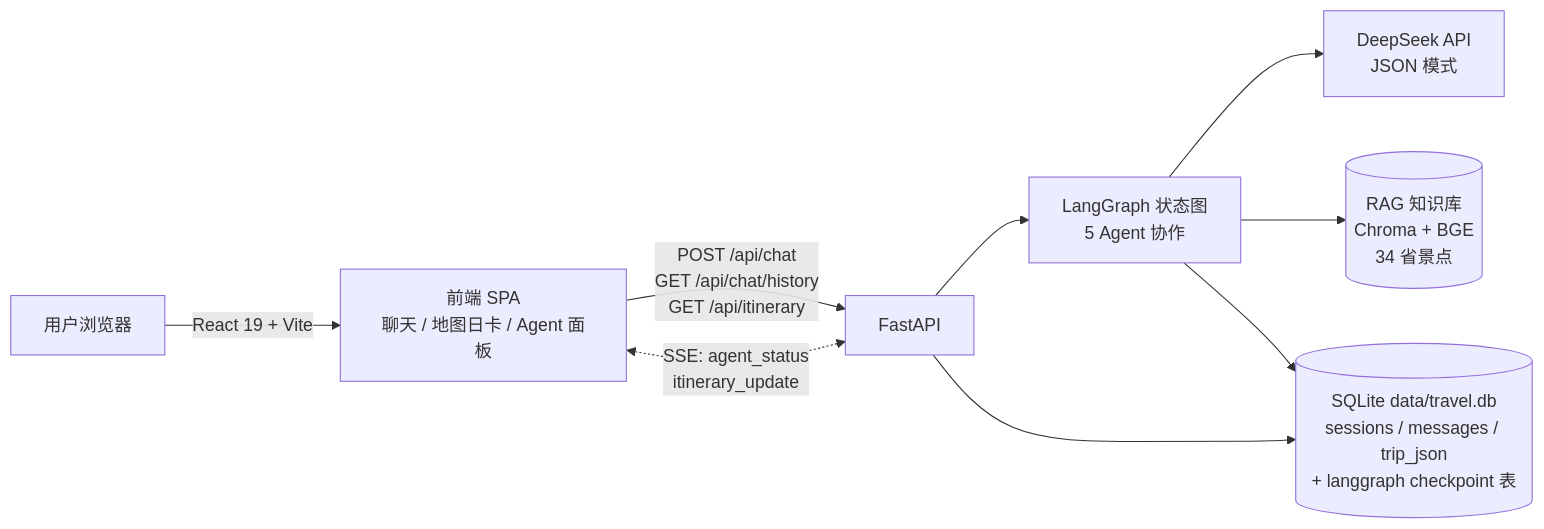
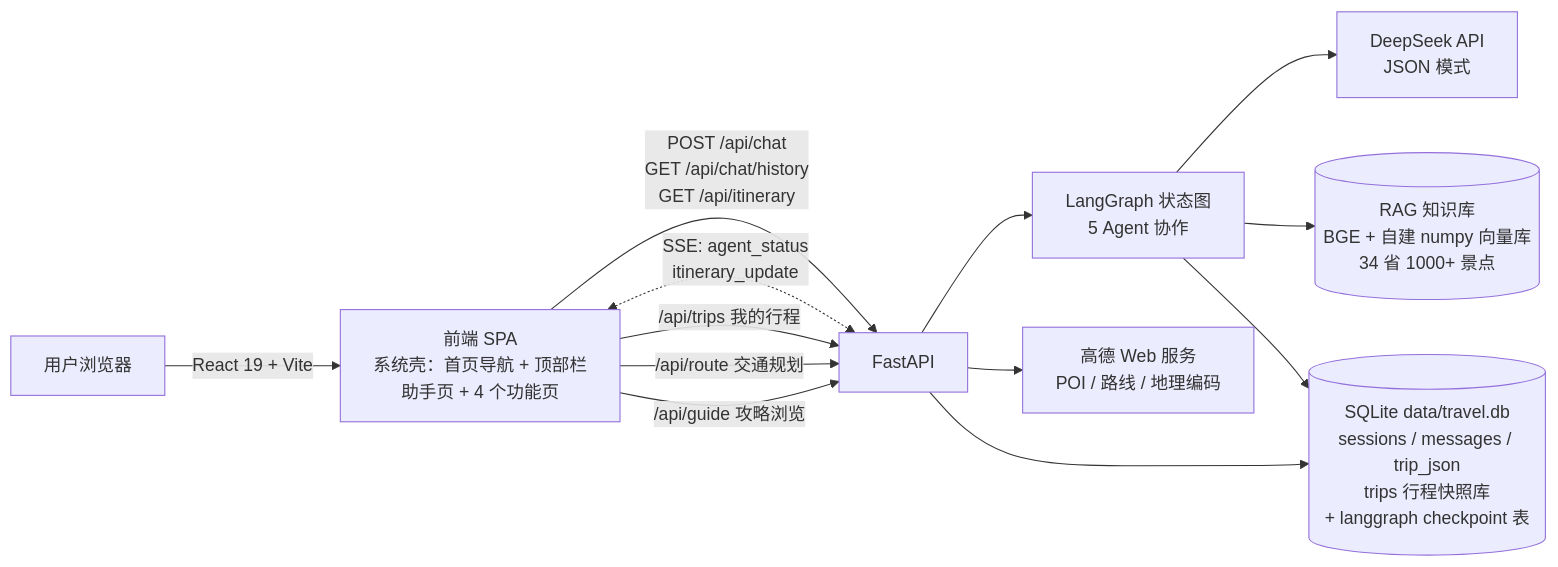
The first of 3 diagrams in docs/architecture.md (Linzekai23/smart-travel-assistant), drawn with Mermaid before and after one commit. The commit also changed other lines of this file and 35 other files, not shown here.

First line of the commit message:
feat: 高德景点为主+RAG兜底、语料扩至1054条（自建向量库）、城市清单360市、交通规划地图化

````diff
--- a/docs/architecture.md
+++ b/docs/architecture.md
@@ -7,11 +8,15 @@
 ```mermaid
 flowchart LR
-    U[用户浏览器] -->|React 19 + Vite| FE[前端 SPA<br/>聊天 / 地图日卡 / Agent 面板]
+    U[用户浏览器] -->|React 19 + Vite| FE[前端 SPA<br/>系统壳：首页导航 + 顶部栏<br/>助手页 + 4 个功能页]
     FE -->|POST /api/chat<br/>GET /api/chat/history<br/>GET /api/itinerary| API[FastAPI]
     FE <-.->|SSE: agent_status<br/>itinerary_update| API
+    FE -->|/api/trips 我的行程| API
+    FE -->|/api/route 交通规划| API
+    FE -->|/api/guide 攻略浏览| API
     API --> G[LangGraph 状态图<br/>5 Agent 协作]
     G --> LLM[DeepSeek API<br/>JSON 模式]
-    G --> RAG[(RAG 知识库<br/>Chroma + BGE<br/>34 省景点)]
-    G --> DB[(SQLite data/travel.db<br/>sessions / messages / trip_json<br/>+ langgraph checkpoint 表)]
+    G --> RAG[(RAG 知识库<br/>BGE + 自建 numpy 向量库<br/>34 省 1000+ 景点)]
+    G --> DB[(SQLite data/travel.db<br/>sessions / messages / trip_json<br/>trips 行程快照库<br/>+ langgraph checkpoint 表)]
+    API --> AMAP[高德 Web 服务<br/>POI / 路线 / 地理编码]
     API --> DB
 ```
````
